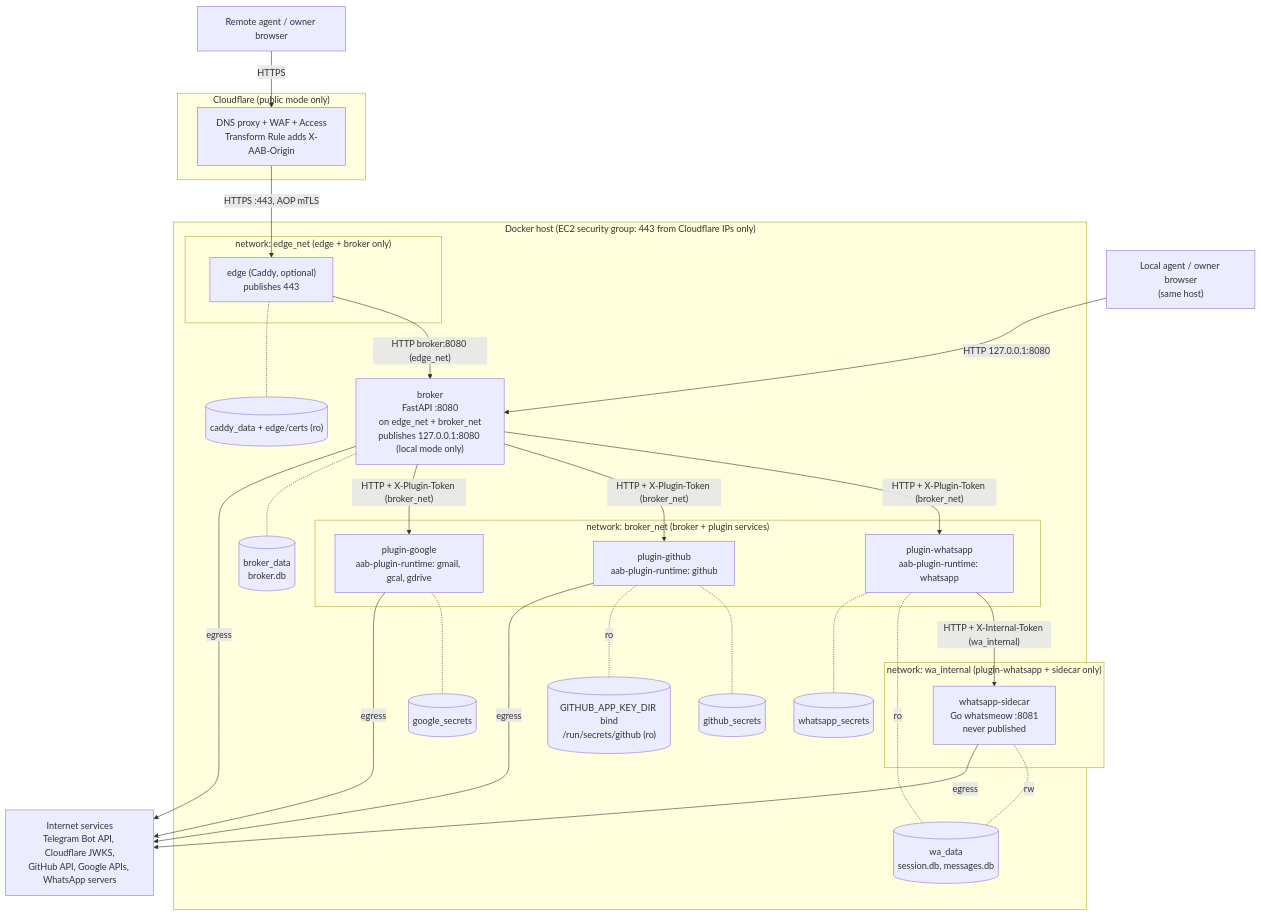
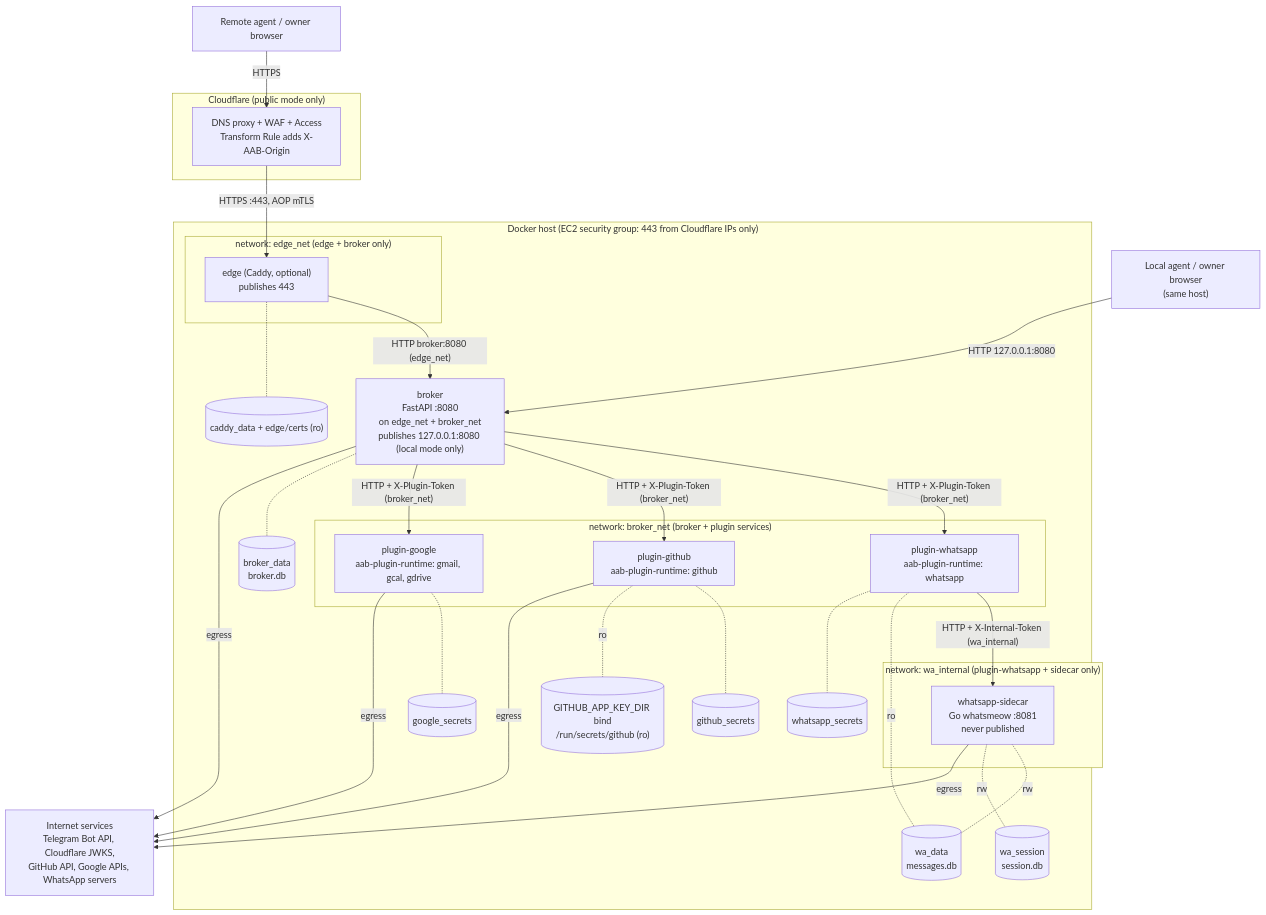
Before and after one commit to pelegw/agent-authority-broker: the first of 3 diagrams in docs/architecture.md, drawn with Mermaid. The commit also changed other lines of this file and 19 other files, not shown here.

````diff
--- a/docs/architecture.md
+++ b/docs/architecture.md
@@ -302,53 +302,55 @@
 ```mermaid
 flowchart TB
   AGL["Local agent / owner browser<br/>(same host)"]
   subgraph CFZ["Cloudflare (public mode only)"]
     CF["DNS proxy + WAF + Access<br/>Transform Rule adds X-AAB-Origin"]
   end
   AGP["Remote agent / owner browser"]
 
   subgraph HOST["Docker host (EC2 security group: 443 from Cloudflare IPs only)"]
     subgraph EN["network: edge_net (edge + broker only)"]
       EDGE["edge (Caddy, optional)<br/>publishes 443"]
     end
     BROKER["broker<br/>FastAPI :8080<br/>on edge_net + broker_net<br/>publishes 127.0.0.1:8080 (local mode only)"]
     subgraph BN["network: broker_net (broker + plugin services)"]
       PWA["plugin-whatsapp<br/>aab-plugin-runtime: whatsapp"]
       PGH["plugin-github<br/>aab-plugin-runtime: github"]
       PGO["plugin-google<br/>aab-plugin-runtime: gmail, gcal, gdrive"]
     end
     subgraph WN["network: wa_internal (plugin-whatsapp + sidecar only)"]
       SC["whatsapp-sidecar<br/>Go whatsmeow :8081<br/>never published"]
     end
     VB[("broker_data<br/>broker.db")]
-    VW[("wa_data<br/>session.db, messages.db")]
+    VW[("wa_data<br/>messages.db")]
+    VSE[("wa_session<br/>session.db")]
     VGH[("github_secrets")]
     VPEM[("GITHUB_APP_KEY_DIR bind<br/>/run/secrets/github (ro)")]
     VGO[("google_secrets")]
     VWS[("whatsapp_secrets")]
     VC[("caddy_data + edge/certs (ro)")]
   end
 
   EXT["Internet services<br/>Telegram Bot API, Cloudflare JWKS,<br/>GitHub API, Google APIs, WhatsApp servers"]
 
   AGP -->|HTTPS| CF
   CF -->|"HTTPS :443, AOP mTLS"| EDGE
   EDGE -->|"HTTP broker:8080 (edge_net)"| BROKER
   AGL -->|"HTTP 127.0.0.1:8080"| BROKER
   BROKER -->|"HTTP + X-Plugin-Token (broker_net)"| PWA
   BROKER -->|"HTTP + X-Plugin-Token (broker_net)"| PGH
   BROKER -->|"HTTP + X-Plugin-Token (broker_net)"| PGO
   PWA -->|"HTTP + X-Internal-Token (wa_internal)"| SC
   BROKER -.- VB
   SC -.-|rw| VW
+  SC -.-|rw| VSE
   PWA -.-|ro| VW
   PWA -.- VWS
   PGH -.- VGH
   PGH -.-|ro| VPEM
   PGO -.- VGO
   EDGE -.- VC
   BROKER -->|egress| EXT
   PGH -->|egress| EXT
   PGO -->|egress| EXT
   SC -->|egress| EXT
 ```
````
